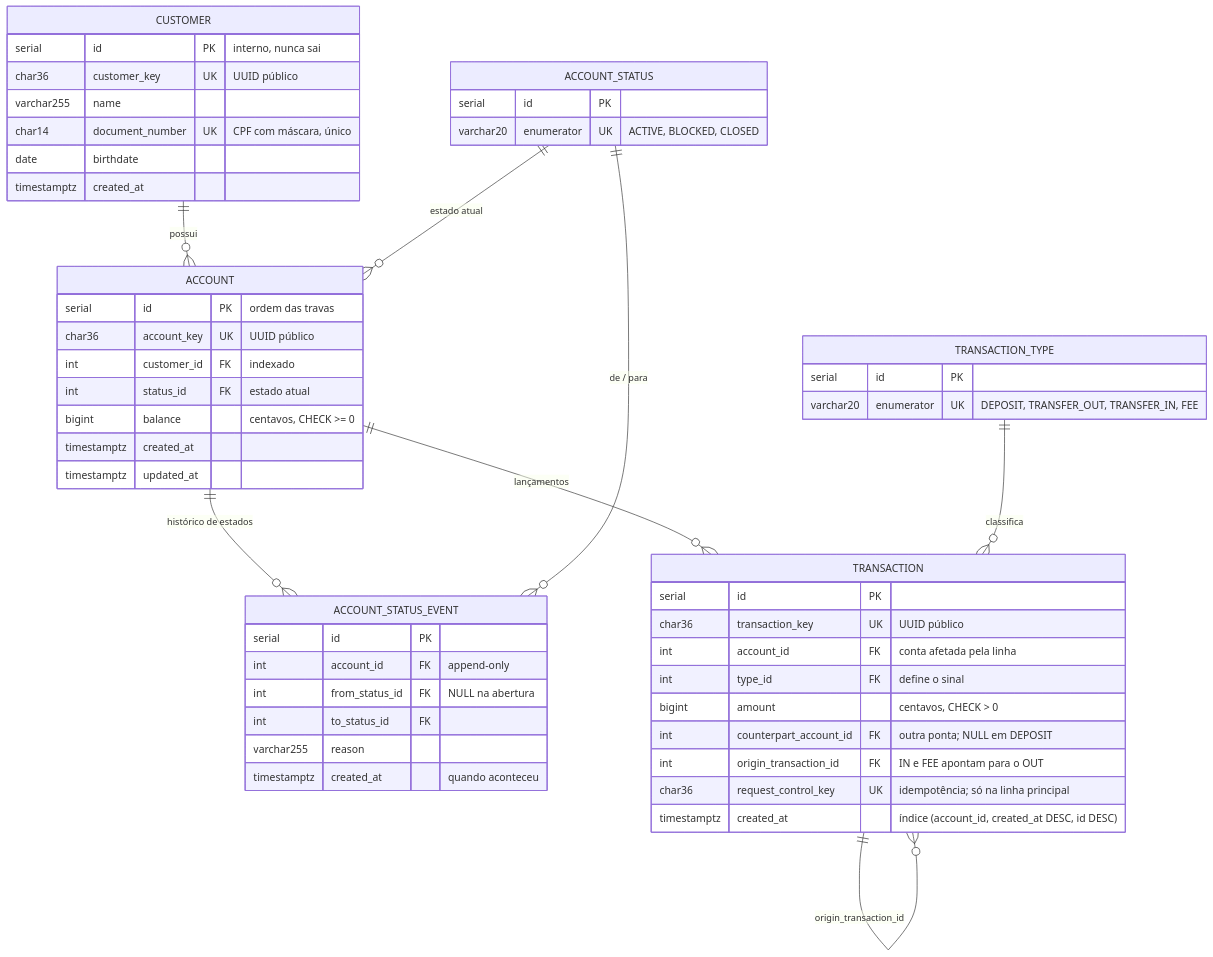
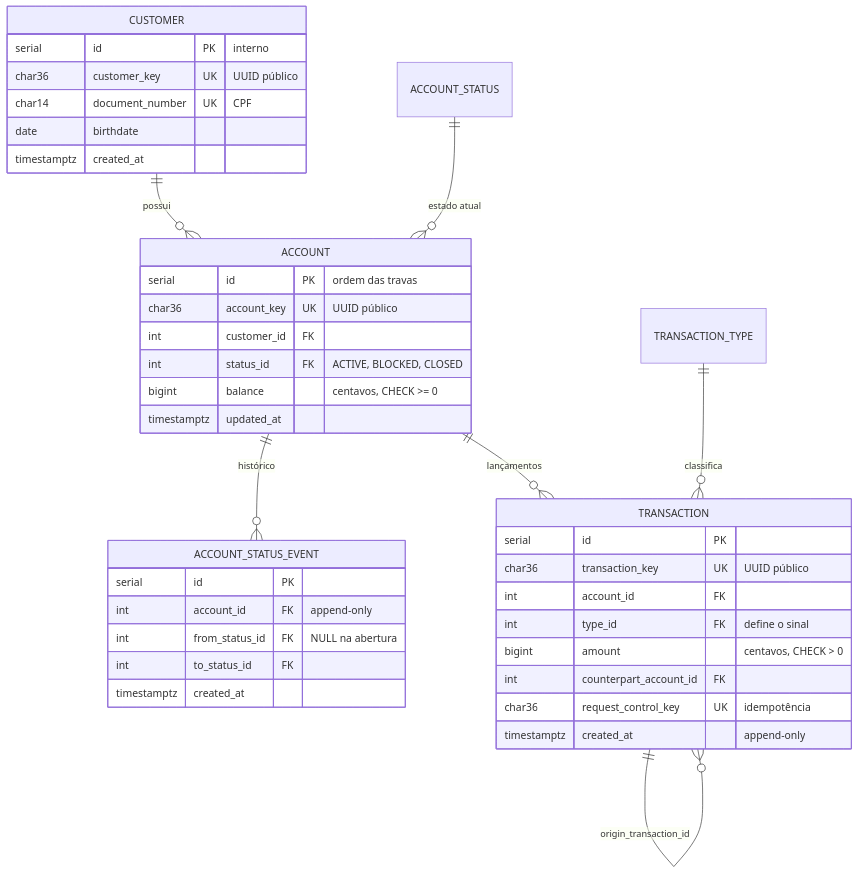
The second of 2 diagrams in docs/rfc/RFC.md (phprestes/Bootcamp-QI-Tech), drawn with Mermaid before and after one commit. The commit also changed other lines of this file and 2 other files, not shown here.

````diff
--- a/docs/rfc/RFC.md
+++ b/docs/rfc/RFC.md
@@ -117,55 +66,42 @@
 ```mermaid
 erDiagram
-    CUSTOMER ||--o{ ACCOUNT : "possui"
+    CUSTOMER ||--o{ ACCOUNT : possui
     ACCOUNT_STATUS ||--o{ ACCOUNT : "estado atual"
-    ACCOUNT ||--o{ ACCOUNT_STATUS_EVENT : "histórico de estados"
-    ACCOUNT_STATUS ||--o{ ACCOUNT_STATUS_EVENT : "de / para"
+    ACCOUNT ||--o{ ACCOUNT_STATUS_EVENT : "histórico"
     ACCOUNT ||--o{ TRANSACTION : "lançamentos"
-    TRANSACTION_TYPE ||--o{ TRANSACTION : "classifica"
+    TRANSACTION_TYPE ||--o{ TRANSACTION : classifica
     TRANSACTION ||--o{ TRANSACTION : "origin_transaction_id"
 
     CUSTOMER {
-        serial id PK "interno, nunca sai"
+        serial id PK "interno"
         char36 customer_key UK "UUID público"
-        varchar255 name
-        char14 document_number UK "CPF com máscara, único"
+        char14 document_number UK "CPF"
         date birthdate
         timestamptz created_at
     }
     ACCOUNT {
         serial id PK "ordem das travas"
         char36 account_key UK "UUID público"
-        int customer_id FK "indexado"
-        int status_id FK "estado atual"
+        int customer_id FK
+        int status_id FK "ACTIVE, BLOCKED, CLOSED"
         bigint balance "centavos, CHECK >= 0"
-        timestamptz created_at
         timestamptz updated_at
-    }
-    ACCOUNT_STATUS {
-        serial id PK
-        varchar20 enumerator UK "ACTIVE, BLOCKED, CLOSED"
     }
     ACCOUNT_STATUS_EVENT {
         serial id PK
         int account_id FK "append-only"
         int from_status_id FK "NULL na abertura"
         int to_status_id FK
-        varchar255 reason
-        timestamptz created_at "quando aconteceu"
-    }
-    TRANSACTION_TYPE {
-        serial id PK
-        varchar20 enumerator UK "DEPOSIT, TRANSFER_OUT, TRANSFER_IN, FEE"
+        timestamptz created_at
     }
     TRANSACTION {
         serial id PK
         char36 transaction_key UK "UUID público"
-        int account_id FK "conta afetada pela linha"
+        int account_id FK
         int type_id FK "define o sinal"
         bigint amount "centavos, CHECK > 0"
-        int counterpart_account_id FK "outra ponta; NULL em DEPOSIT"
-        int origin_transaction_id FK "IN e FEE apontam para o OUT"
-        char36 request_control_key UK "idempotência; só na linha principal"
-        timestamptz created_at "índice (account_id, created_at DESC, id DESC)"
+        int counterpart_account_id FK
+        char36 request_control_key UK "idempotência"
+        timestamptz created_at "append-only"
     }
 ```
````
